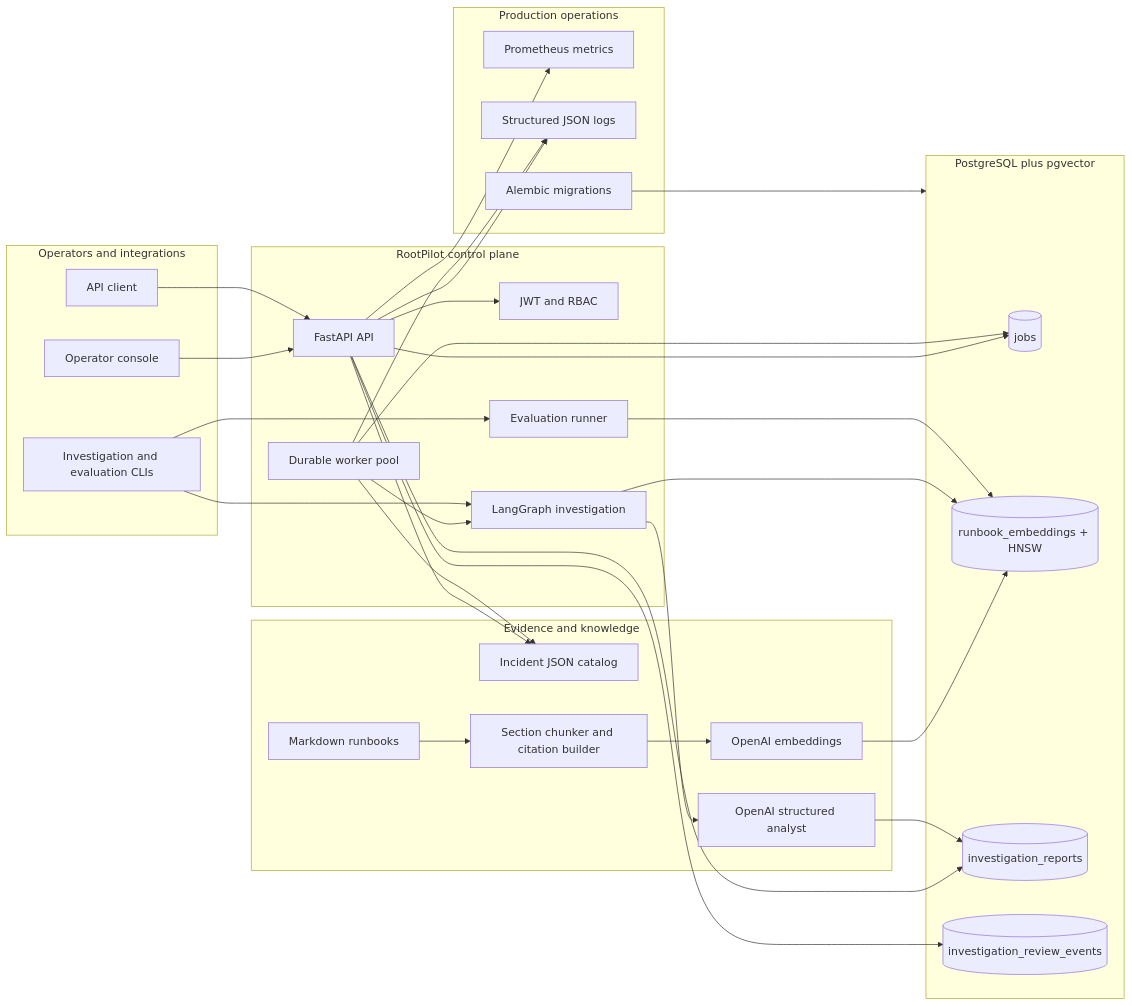
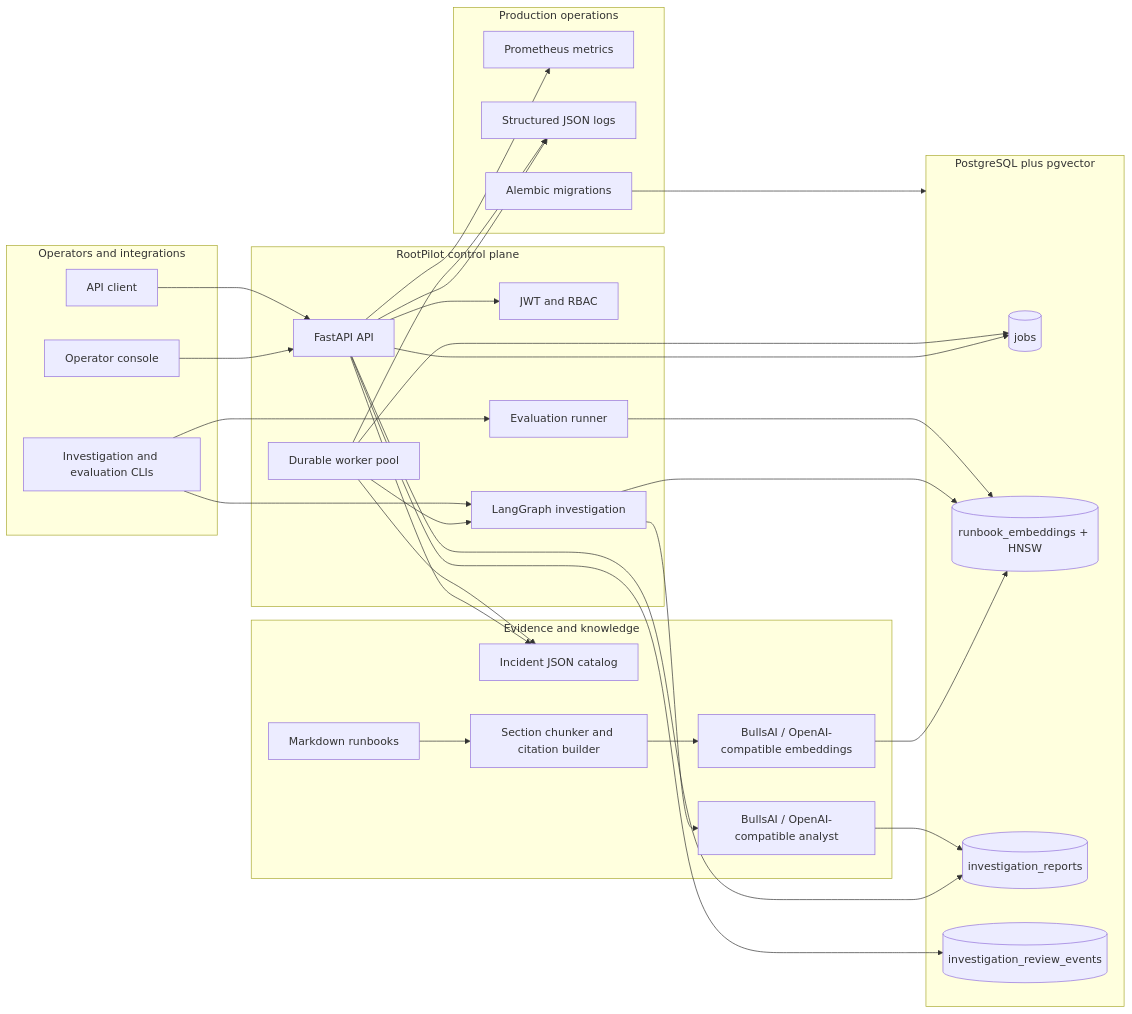
One commit to shreyas671/RootPilot changed the first of 4 diagrams in README.md. Above: the diagram before and after it, drawn with Mermaid. The commit also changed other lines of this file and 1 other file, not shown here.

Commit message:
Refresh README for BullsAI deployment

````diff
--- a/README.md
+++ b/README.md
@@ -48,61 +139,61 @@
 ```mermaid
 flowchart LR
     subgraph Users[Operators and integrations]
         UI[Operator console]
         CLIENT[API client]
         CLI[Investigation and evaluation CLIs]
     end
 
     subgraph Control[RootPilot control plane]
         API[FastAPI API]
         AUTH[JWT and RBAC]
         WORKER[Durable worker pool]
         GRAPH[LangGraph investigation]
         EVAL[Evaluation runner]
     end
 
     subgraph Knowledge[Evidence and knowledge]
         INCIDENTS[Incident JSON catalog]
         RUNBOOKS[Markdown runbooks]
         CHUNKS[Section chunker and citation builder]
-        EMBED[OpenAI embeddings]
-        ANALYST[OpenAI structured analyst]
+        EMBED[BullsAI / OpenAI-compatible embeddings]
+        ANALYST[BullsAI / OpenAI-compatible analyst]
     end
 
     subgraph Data[PostgreSQL plus pgvector]
         JOBS[(jobs)]
         VECTORS[(runbook_embeddings + HNSW)]
         REPORTS[(investigation_reports)]
         EVENTS[(investigation_review_events)]
     end
 
     subgraph Ops[Production operations]
         METRICS[Prometheus metrics]
         LOGS[Structured JSON logs]
         MIGRATIONS[Alembic migrations]
     end
 
     UI --> API
     CLIENT --> API
     API --> AUTH
     API --> INCIDENTS
     API --> JOBS
     API --> REPORTS
     API --> EVENTS
     WORKER --> JOBS
     WORKER --> INCIDENTS
     RUNBOOKS --> CHUNKS
     CHUNKS --> EMBED
     EMBED --> VECTORS
     WORKER --> GRAPH
     GRAPH --> VECTORS
     GRAPH --> ANALYST
     ANALYST --> REPORTS
     CLI --> GRAPH
     CLI --> EVAL
     EVAL --> VECTORS
     API --> METRICS
     API --> LOGS
     WORKER --> LOGS
     MIGRATIONS --> Data
 ```
````
